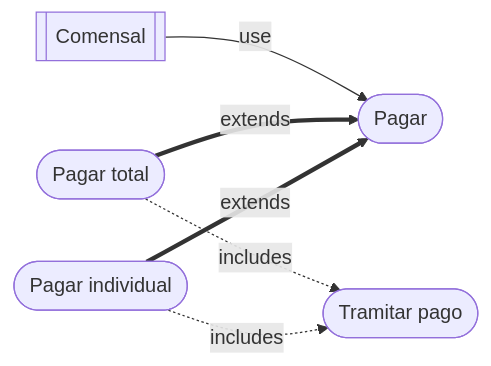
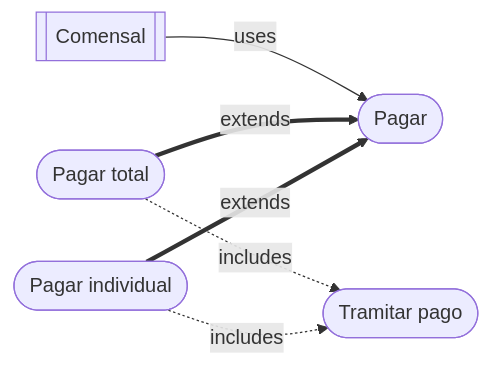
Before and after one commit to pabenito/QRest: the sixth of 6 diagrams in documentacion/requisitos/casos_de_uso.md, drawn with Mermaid. The commit also changed other lines of this file, not shown here.

````diff
--- a/documentacion/requisitos/casos_de_uso.md
+++ b/documentacion/requisitos/casos_de_uso.md
@@ -181,11 +202,11 @@
 ```mermaid
 flowchart LR
   comensal[[Comensal]]
       pagar([Pagar])
         pagar_total([Pagar total])
         pagar_individual([Pagar individual])
         tramitar_pago([Tramitar pago])
-  comensal --use--> pagar
+  comensal --uses--> pagar
   pagar_total & pagar_individual ==extends==> pagar
   pagar_total & pagar_individual -.includes.-> tramitar_pago
 ```
````
